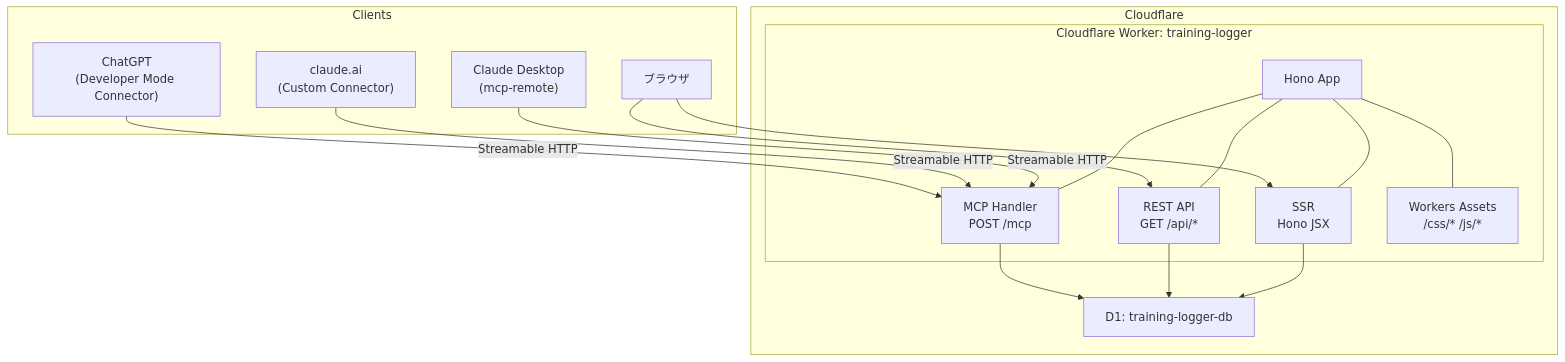
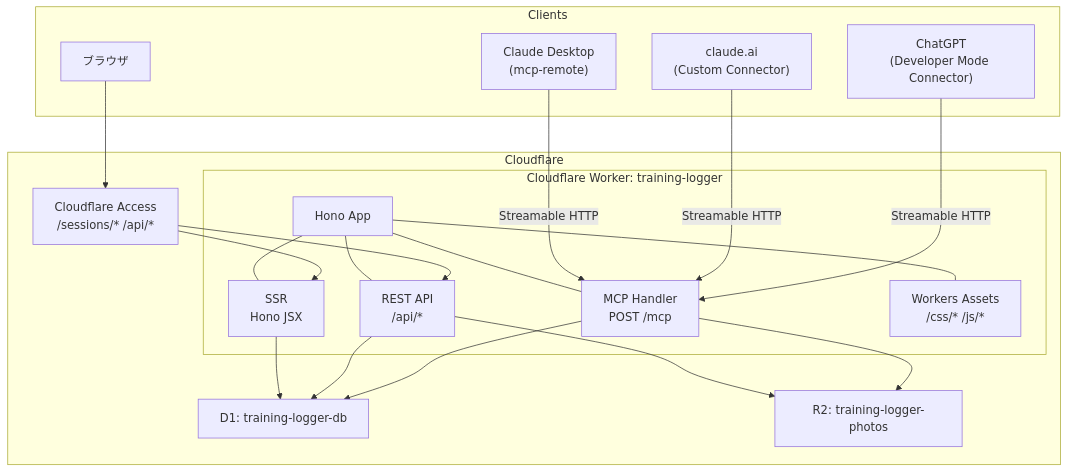
The first of 3 diagrams in docs/architecture.md (japan4415/training-logger), drawn with Mermaid before and after one commit. The commit also changed other lines of this file and 9 other files, not shown here.

````diff
--- a/docs/architecture.md
+++ b/docs/architecture.md
@@ -39,37 +41,42 @@
 ```mermaid
 graph TB
     subgraph Clients
         ChatGPT["ChatGPT<br/>(Developer Mode Connector)"]
         ClaudeAI["claude.ai<br/>(Custom Connector)"]
         ClaudeDesktop["Claude Desktop<br/>(mcp-remote)"]
         Browser["ブラウザ"]
     end
 
     subgraph Cloudflare
+        Access["Cloudflare Access<br/>/sessions/* /api/*"]
         subgraph Worker["Cloudflare Worker: training-logger"]
             HonoApp["Hono App"]
             MCP["MCP Handler<br/>POST /mcp"]
-            REST["REST API<br/>GET /api/*"]
+            REST["REST API<br/>/api/*"]
             SSR["SSR<br/>Hono JSX"]
             Assets["Workers Assets<br/>/css/* /js/*"]
         end
 
         D1["D1: training-logger-db"]
+        R2["R2: training-logger-photos"]
     end
 
     ChatGPT -->|"Streamable HTTP"| MCP
     ClaudeAI -->|"Streamable HTTP"| MCP
     ClaudeDesktop -->|"Streamable HTTP"| MCP
 
-    Browser --> SSR
-    Browser --> REST
+    Browser --> Access
+    Access --> SSR
+    Access --> REST
 
     HonoApp --- MCP
     HonoApp --- REST
     HonoApp --- SSR
     HonoApp --- Assets
 
     MCP --> D1
     REST --> D1
     SSR --> D1
+    MCP --> R2
+    REST --> R2
 ```
````
